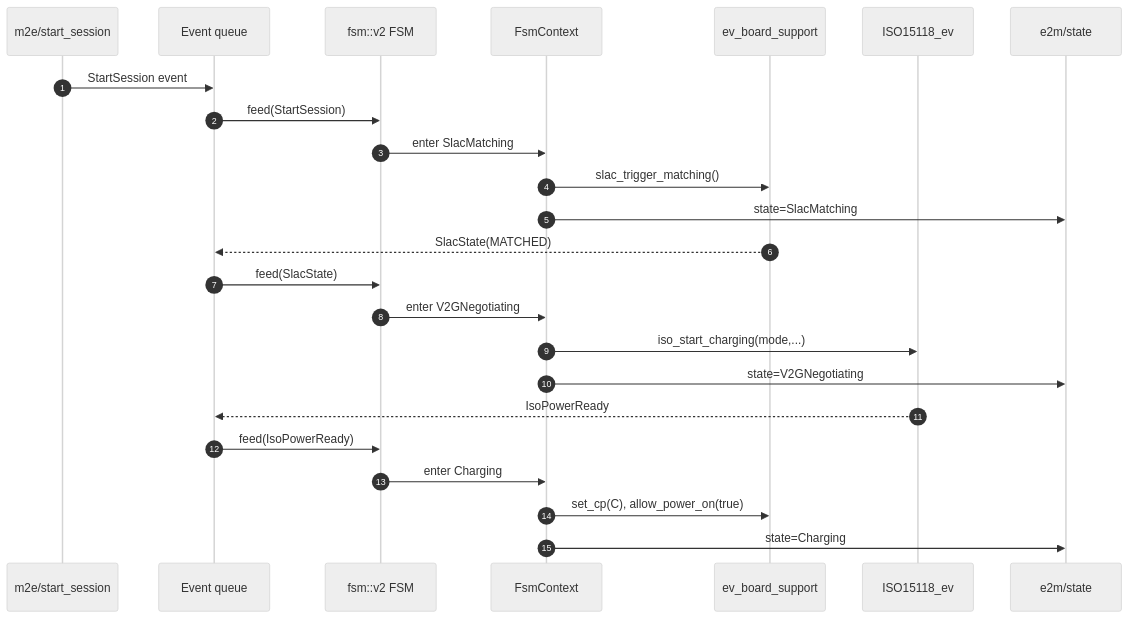
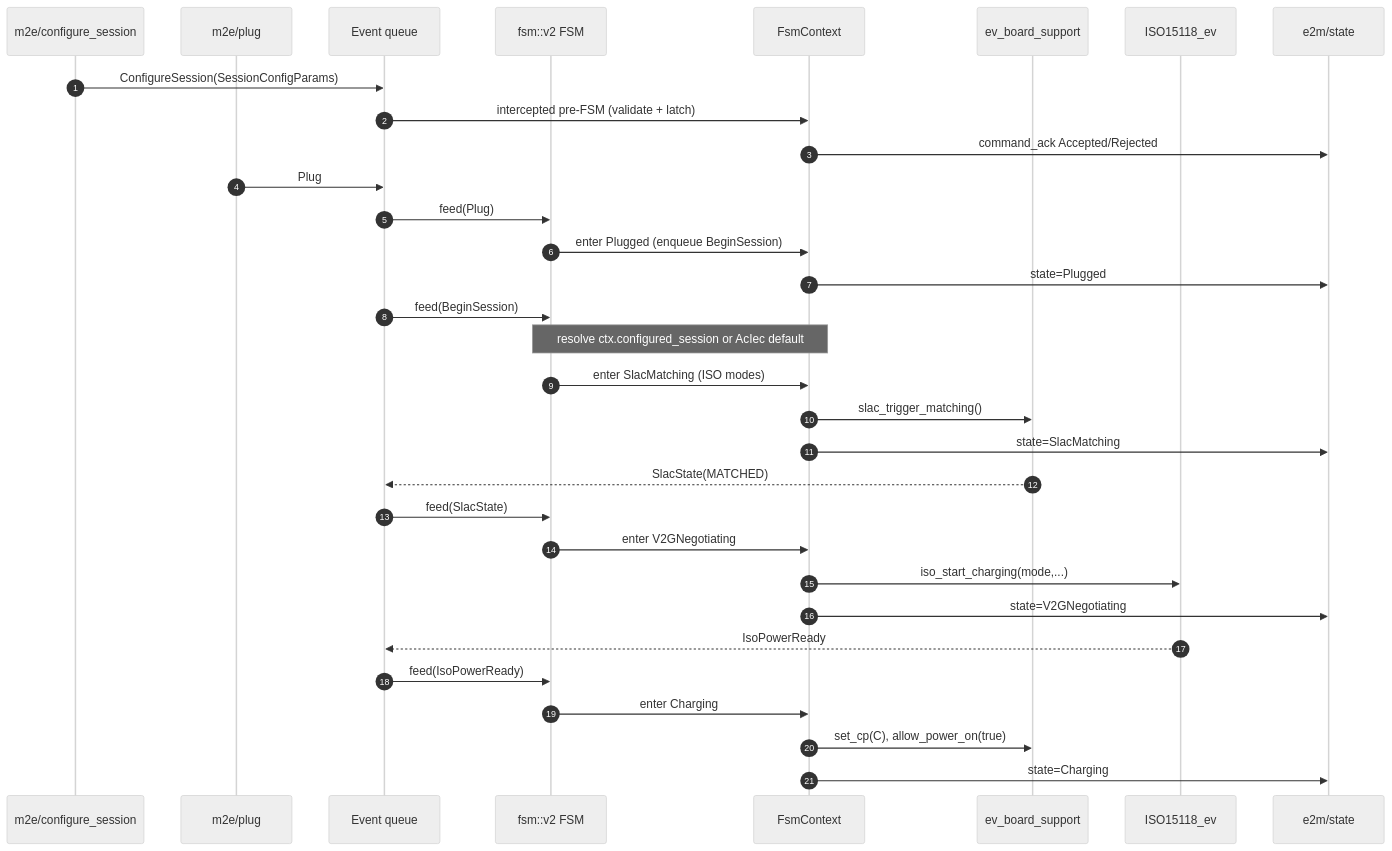
Before and after one commit to EVerest/EVerest: the diagram in modules/EV/EvSimulator/docs/images/event_ingress_session.mmd, drawn with Mermaid (neutral theme). The commit also changed 88 other files, not shown here.

```diff
--- a/modules/EV/EvSimulator/docs/images/event_ingress_session.mmd
+++ b/modules/EV/EvSimulator/docs/images/event_ingress_session.mmd
@@ -1,27 +1,36 @@
 sequenceDiagram
     autonumber
-    participant Cmd as m2e/start_session
+    participant Cfg as m2e/configure_session
+    participant Plug as m2e/plug
     participant Queue as Event queue
     participant FSM as fsm::v2 FSM
     participant Ctx as FsmContext
     participant Bsp as ev_board_support
     participant Iso as ISO15118_ev
     participant E2M as e2m/state
 
-    Cmd->>Queue: StartSession event
-    Queue->>FSM: feed(StartSession)
-    FSM->>Ctx: enter SlacMatching
+    Cfg->>Queue: ConfigureSession(SessionConfigParams)
+    Queue->>Ctx: intercepted pre-FSM (validate + latch)
+    Ctx->>E2M: command_ack Accepted/Rejected
+
+    Plug->>Queue: Plug
+    Queue->>FSM: feed(Plug)
+    FSM->>Ctx: enter Plugged (enqueue BeginSession)
+    Ctx->>E2M: state=Plugged
+    Queue->>FSM: feed(BeginSession)
+    Note over FSM,Ctx: resolve ctx.configured_session or AcIec default
+    FSM->>Ctx: enter SlacMatching (ISO modes)
     Ctx->>Bsp: slac_trigger_matching()
     Ctx->>E2M: state=SlacMatching
 
     Bsp-->>Queue: SlacState(MATCHED)
     Queue->>FSM: feed(SlacState)
     FSM->>Ctx: enter V2GNegotiating
     Ctx->>Iso: iso_start_charging(mode,...)
     Ctx->>E2M: state=V2GNegotiating
 
     Iso-->>Queue: IsoPowerReady
     Queue->>FSM: feed(IsoPowerReady)
     FSM->>Ctx: enter Charging
     Ctx->>Bsp: set_cp(C), allow_power_on(true)
     Ctx->>E2M: state=Charging
```
